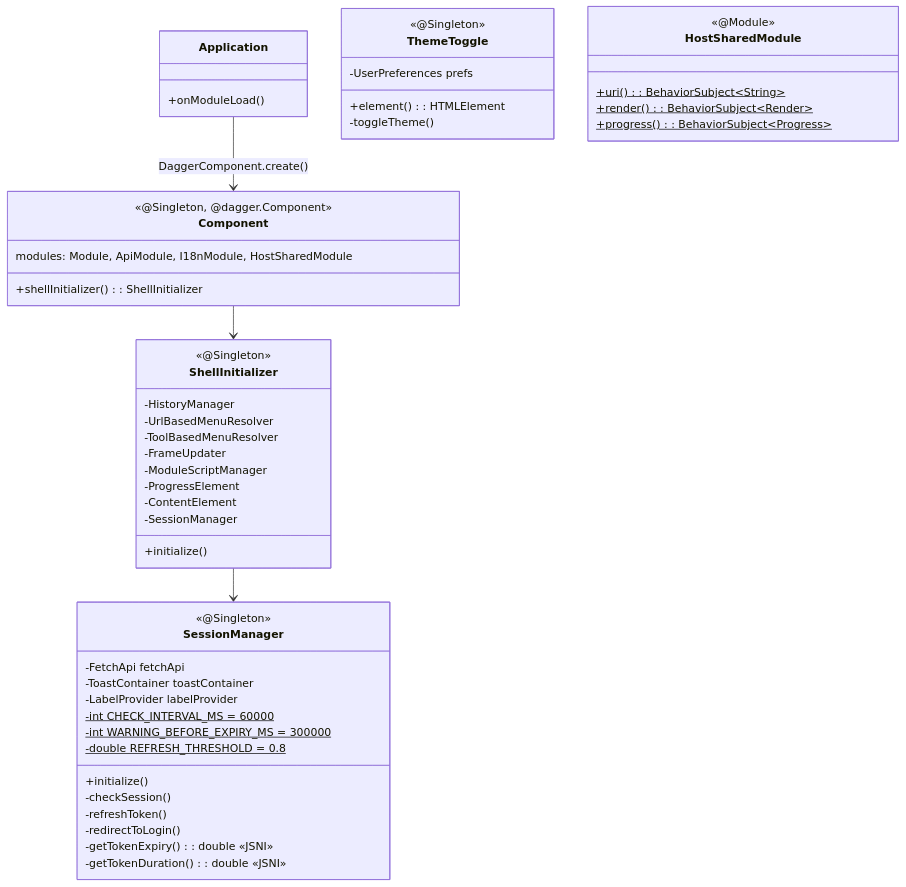
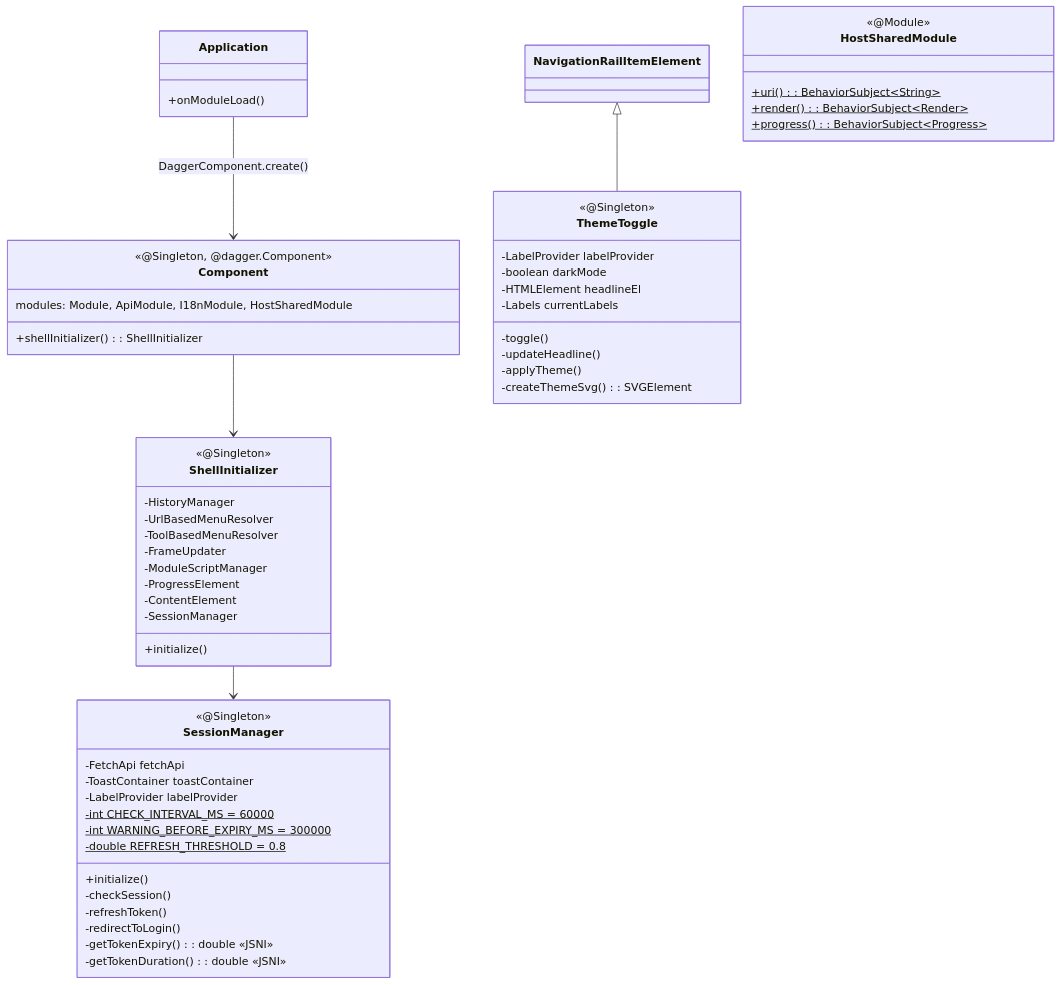
Before and after one commit to sayaya1090/handbook: the fifth of 6 diagrams in shell-ui/CLASS-DIAGRAM.md, drawn with Mermaid. The commit also changed 2 other files, not shown here.

Commit message:
docs(shell-ui): ThemeToggle 새 구조 반영 (README/USECASE/CLASS-DIAGRAM)
- README drawer 섹션: NavigationRailItemElement 상속 + flex order 배치 설명
- USECASE UC-S15: i18n 라벨, theme-changing 500ms 트리거, 모바일 처리 추가
- CLASS-DIAGRAM: ThemeToggle 필드/메서드 갱신 + 상속 관계 추가

````diff
--- a/shell-ui/CLASS-DIAGRAM.md
+++ b/shell-ui/CLASS-DIAGRAM.md
@@ -333,54 +333,60 @@
 ```mermaid
 classDiagram
     class Application {
         +onModuleLoad()
     }
     class Component {
         <<@Singleton, @dagger.Component>>
         modules: Module, ApiModule, I18nModule, HostSharedModule
         +shellInitializer(): ShellInitializer
     }
     class ShellInitializer {
         <<@Singleton>>
         -HistoryManager
         -UrlBasedMenuResolver
         -ToolBasedMenuResolver
         -FrameUpdater
         -ModuleScriptManager
         -ProgressElement
         -ContentElement
         -SessionManager
         +initialize()
     }
     class SessionManager {
         <<@Singleton>>
         -FetchApi fetchApi
         -ToastContainer toastContainer
         -LabelProvider labelProvider
         -int CHECK_INTERVAL_MS = 60000$
         -int WARNING_BEFORE_EXPIRY_MS = 300000$
         -double REFRESH_THRESHOLD = 0.8$
         +initialize()
         -checkSession()
         -refreshToken()
         -redirectToLogin()
         -getTokenExpiry(): double «JSNI»
         -getTokenDuration(): double «JSNI»
     }
     class ThemeToggle {
         <<@Singleton>>
-        -UserPreferences prefs
-        +element(): HTMLElement
-        -toggleTheme()
+        -LabelProvider labelProvider
+        -boolean darkMode
+        -HTMLElement headlineEl
+        -Labels currentLabels
+        -toggle()
+        -updateHeadline()
+        -applyTheme()
+        -createThemeSvg(): SVGElement
     }
+    NavigationRailItemElement <|-- ThemeToggle
     ShellInitializer --> SessionManager
     class HostSharedModule {
         <<@Module>>
         +uri(): BehaviorSubject~String~$
         +render(): BehaviorSubject~Render~$
         +progress(): BehaviorSubject~Progress~$
     }
 
     Application --> Component : DaggerComponent.create()
     Component --> ShellInitializer
 ```
````
